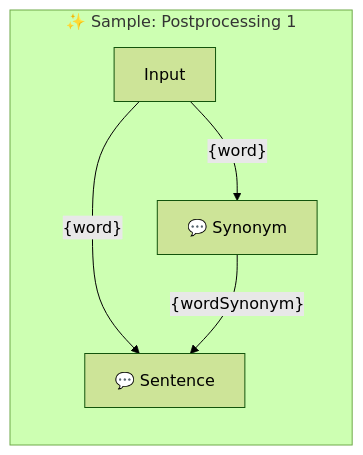
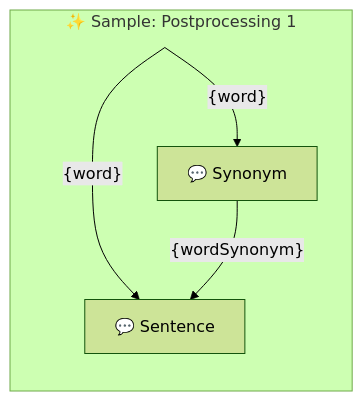
One commit to webgptorg/promptbook changed the diagram in samples/templates/40-postprocessing.ptbk.md. Above: the diagram before and after it, drawn with Mermaid (forest theme). The commit also changed 16 other files, not shown here.

Commit message:
Auto-generated Mermaid graphs of promptboks

````diff
--- a/samples/templates/40-postprocessing.ptbk.md
+++ b/samples/templates/40-postprocessing.ptbk.md
@@ -11,23 +11,19 @@
 ```mermaid
 %% 🔮 Tip: Open this on GitHub or in the VSCode website to see the Mermaid graph visually
 
 flowchart LR
-    subgraph "✨ Sample: Postprocessing 1"
+  subgraph "✨ Sample: Postprocessing 1"
 
-        direction TB
+      direction TB
 
-        input[Input]
+      input[Input]:::hidden
+      templateSynonym[💬 Synonym]
+      input--"{word}"-->templateSynonym
+      templateSentence[💬 Sentence]
+      input--"{word}"-->templateSentence
+      templateSynonym--"{wordSynonym}"-->templateSentence
 
+      classDef hidden display: none;
 
-        templateSynonym[💬 Synonym]
-        input--"{word}"-->templateSynonym
-        templateSentence[💬 Sentence]
-        input--"{word}"-->templateSentence
-        templateSynonym--"{wordSynonym}"-->templateSentence
-
-
-
-
-
-    end
+  end;
 ```
````
